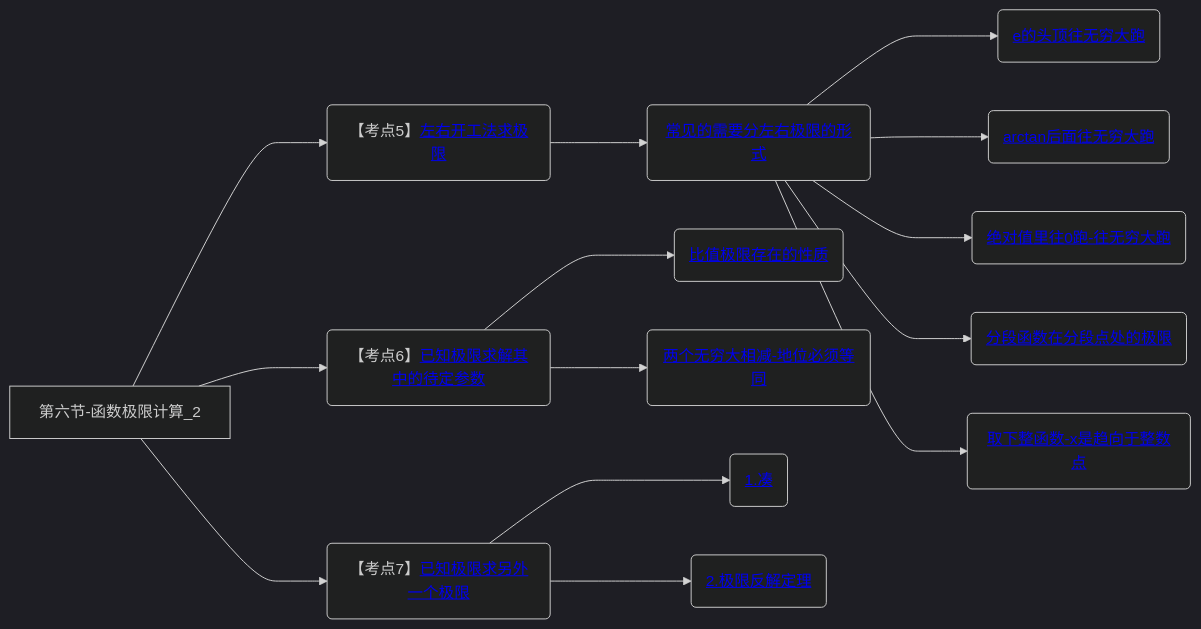
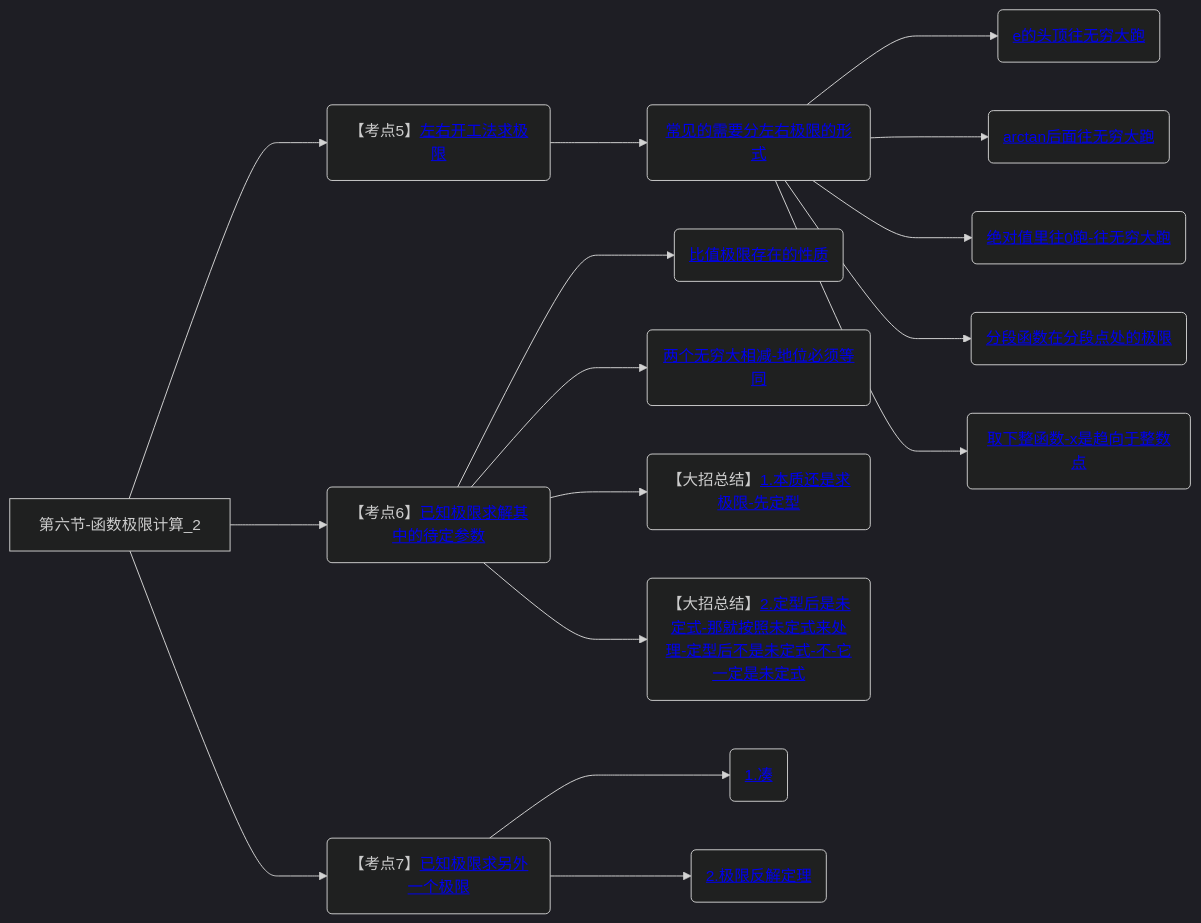
One commit to yuebinghui/note changed the sixth of 6 diagrams in 笔记/数学/周洋鑫/01.基础班思维导图.md. Above: the diagram before and after it, drawn with Mermaid (dark theme). The commit also changed 2 other files, not shown here.

Commit message:
Sun Oct 20 13:40:01 CST 2024

````diff
--- a/笔记/数学/周洋鑫/01.基础班思维导图.md
+++ b/笔记/数学/周洋鑫/01.基础班思维导图.md
@@ -226,22 +226,24 @@
 ```mermaid
 graph LR
 第六节-函数极限计算_2
 
 第六节-函数极限计算_2--->左右开工法求极限(【考点5】<a href="/Users/yuebinghui/Documents/program/github/note/笔记/数学/周洋鑫/基础班/06.函数极限计算_2.md#左右开工法求极限">左右开工法求极限</>)
 左右开工法求极限--->常见的需要分左右极限的形式(<a href="/Users/yuebinghui/Documents/program/github/note/笔记/数学/周洋鑫/基础班/06.函数极限计算_2.md#常见的需要分左右极限的形式">常见的需要分左右极限的形式</>)
 常见的需要分左右极限的形式--->e的头顶往无穷大跑(<a href="/Users/yuebinghui/Documents/program/github/note/笔记/数学/周洋鑫/基础班/06.函数极限计算_2.md#e的头顶往无穷大跑">e的头顶往无穷大跑</>)
 常见的需要分左右极限的形式--->arctan后面往无穷大跑(<a href="/Users/yuebinghui/Documents/program/github/note/笔记/数学/周洋鑫/基础班/06.函数极限计算_2.md#arctan后面往无穷大跑">arctan后面往无穷大跑</>)
 常见的需要分左右极限的形式--->绝对值里往0跑(<a href="/Users/yuebinghui/Documents/program/github/note/笔记/数学/周洋鑫/基础班/06.函数极限计算_2.md#绝对值里往0跑">绝对值里往0跑-往无穷大跑</>)
 常见的需要分左右极限的形式--->分段函数在分段点处的极限(<a href="/Users/yuebinghui/Documents/program/github/note/笔记/数学/周洋鑫/基础班/06.函数极限计算_2.md#分段函数在分段点处的极限">分段函数在分段点处的极限</>)
 常见的需要分左右极限的形式--->取整函数(<a href="/Users/yuebinghui/Documents/program/github/note/笔记/数学/周洋鑫/基础班/06.函数极限计算_2.md#取整函数">取下整函数-x是趋向于整数点</>)
 
 第六节-函数极限计算_2--->已知极限求解其中的待定参数(【考点6】<a href="/Users/yuebinghui/Documents/program/github/note/笔记/数学/周洋鑫/基础班/06.函数极限计算_2.md#已知极限求解其中的待定参数">已知极限求解其中的待定参数</>)
 已知极限求解其中的待定参数--->比值极限存在的性质(<a href="/Users/yuebinghui/Documents/program/github/note/笔记/数学/周洋鑫/基础班/06.函数极限计算_2.md#比值极限存在的性质">比值极限存在的性质</>)
 已知极限求解其中的待定参数--->两个无穷大相减-地位必须等同(<a href="/Users/yuebinghui/Documents/program/github/note/笔记/数学/周洋鑫/基础班/06.函数极限计算_2.md#两个无穷大相减-地位必须等同">两个无穷大相减-地位必须等同</>)
+已知极限求解其中的待定参数--->1.本质还是求极限-先定型(【大招总结】<a href="/Users/yuebinghui/Documents/program/github/note/笔记/数学/周洋鑫/基础班/06.函数极限计算_2.md#1.本质还是求极限-先定型">1.本质还是求极限-先定型</>)
+已知极限求解其中的待定参数--->2.定型后是未定式-那就按照未定式来处理-定型后不是未定式-不-它一定是未定式(【大招总结】<a href="/Users/yuebinghui/Documents/program/github/note/笔记/数学/周洋鑫/基础班/06.函数极限计算_2.md#2.定型后是未定式-那就按照未定式来处理-定型后不是未定式-不-它一定是未定式">2.定型后是未定式-那就按照未定式来处理-定型后不是未定式-不-它一定是未定式</>)
 
 第六节-函数极限计算_2--->已知极限求另外一个极限(【考点7】<a href="/Users/yuebinghui/Documents/program/github/note/笔记/数学/周洋鑫/基础班/06.函数极限计算_2.md#已知极限求另外一个极限">已知极限求另外一个极限</>)
 已知极限求另外一个极限--->1.凑(<a href="/Users/yuebinghui/Documents/program/github/note/笔记/数学/周洋鑫/基础班/06.函数极限计算_2.md#1.凑">1.凑</>)
 已知极限求另外一个极限--->2.极限反解定理(<a href="/Users/yuebinghui/Documents/program/github/note/笔记/数学/周洋鑫/基础班/06.函数极限计算_2.md#2.极限反解定理">2.极限反解定理</>)
 
 
 ```
````
